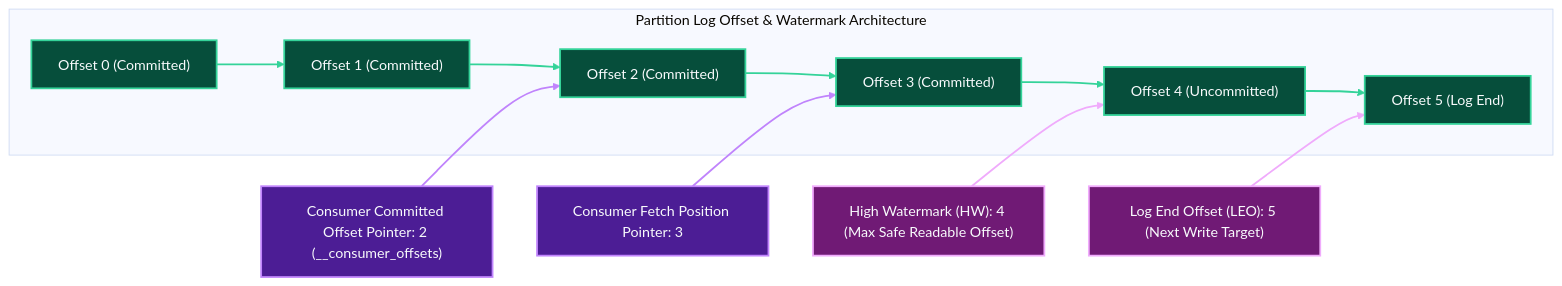
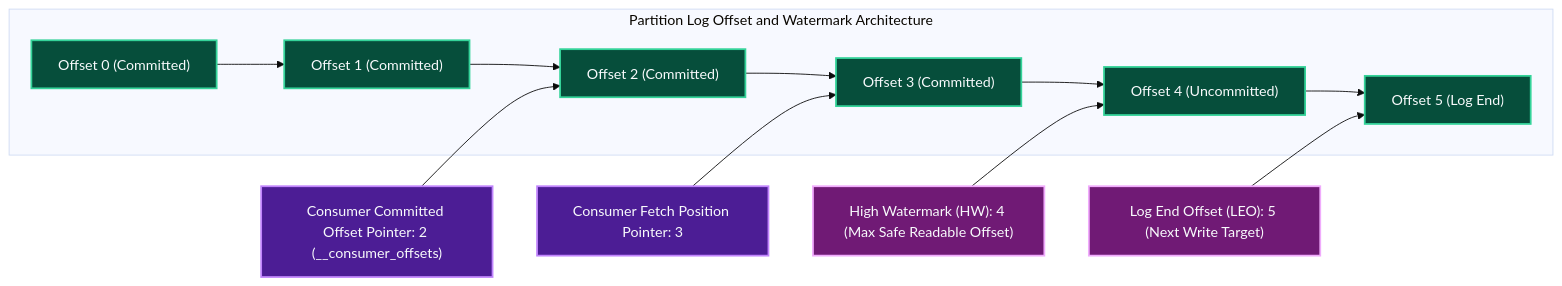
Before and after one commit to Chief-Strategist-J/llm-obs-infra: diagram 12 of 24 in docs/configDoc/kafka-configuration-guide.md, drawn with Mermaid (base theme). The commit also changed other lines of this file, not shown here.

Commit message:
fix(kafka-docs): remove linkStyle directives and replace ampersands in Mermaid diagrams to eliminate GitHub rendering crashes

````diff
--- a/docs/configDoc/kafka-configuration-guide.md
+++ b/docs/configDoc/kafka-configuration-guide.md
@@ -1148,31 +1121,27 @@
 ```mermaid
 graph LR
-    subgraph LogSegmentPointers ["Partition Log Offset & Watermark Architecture"]
+    subgraph LogSegmentPointers ["Partition Log Offset and Watermark Architecture"]
         O0["Offset 0 (Committed)"] --> O1["Offset 1 (Committed)"]
         O1 --> O2["Offset 2 (Committed)"]
         O2 --> O3["Offset 3 (Committed)"]
         O3 --> O4["Offset 4 (Uncommitted)"]
         O4 --> O5["Offset 5 (Log End)"]
     end
 
     CommittedPointer["Consumer Committed Offset Pointer: 2 (__consumer_offsets)"] --> O2
     FetchPosition["Consumer Fetch Position Pointer: 3"] --> O3
     HWPointer["High Watermark (HW): 4 (Max Safe Readable Offset)"] --> O4
     LEOPointer["Log End Offset (LEO): 5 (Next Write Target)"] --> O5
 
     style O0 fill:#064e3b,stroke:#34d399,stroke-width:2px,color:#f8fafc
     style O1 fill:#064e3b,stroke:#34d399,stroke-width:2px,color:#f8fafc
     style O2 fill:#064e3b,stroke:#34d399,stroke-width:2px,color:#f8fafc
     style O3 fill:#064e3b,stroke:#34d399,stroke-width:2px,color:#f8fafc
     style O4 fill:#064e3b,stroke:#34d399,stroke-width:2px,color:#f8fafc
     style O5 fill:#064e3b,stroke:#34d399,stroke-width:2px,color:#f8fafc
 
     style CommittedPointer fill:#4c1d95,stroke:#c084fc,stroke-width:2px,color:#f8fafc
     style FetchPosition fill:#4c1d95,stroke:#c084fc,stroke-width:2px,color:#f8fafc
     style HWPointer fill:#701a75,stroke:#f0abfc,stroke-width:2px,color:#f8fafc
     style LEOPointer fill:#701a75,stroke:#f0abfc,stroke-width:2px,color:#f8fafc
-
-    linkStyle 0,1,2,3,4 stroke:#34d399,stroke-width:2px;
-    linkStyle 5,6 stroke:#c084fc,stroke-width:2px;
-    linkStyle 7,8 stroke:#f0abfc,stroke-width:2px;
 ```
````
